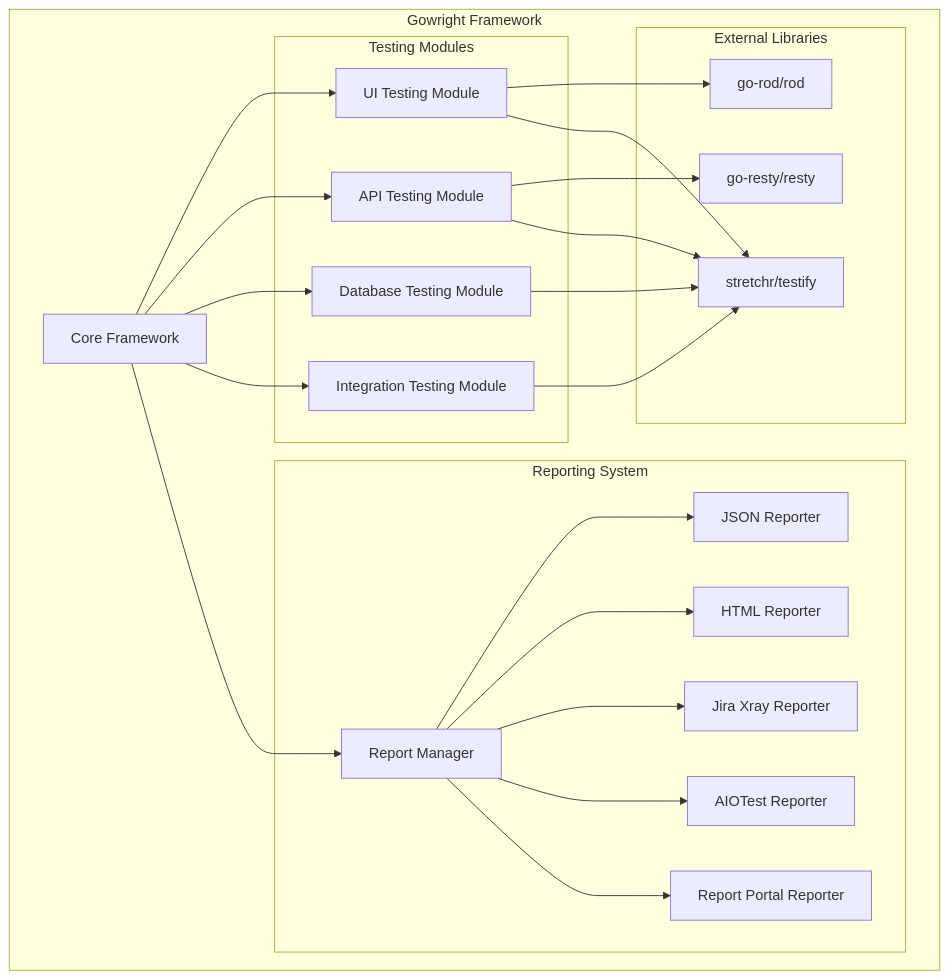
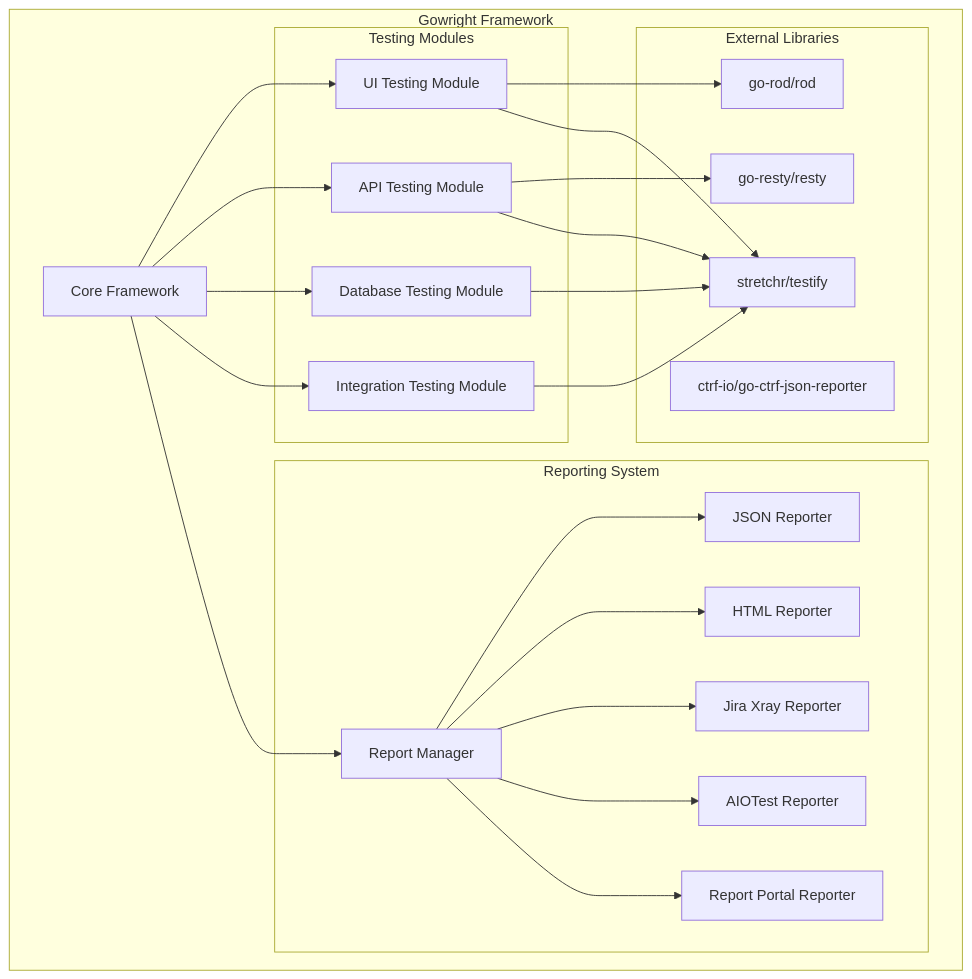
Before and after one commit to gowright/framework: the diagram in .kiro/specs/gowright-testing-framework/design.md, drawn with Mermaid. The commit also changed 47 other files, not shown here.

````diff
--- a/.kiro/specs/gowright-testing-framework/design.md
+++ b/.kiro/specs/gowright-testing-framework/design.md
@@ -11,47 +11,48 @@
 ```mermaid
 graph TB
     subgraph "Gowright Framework"
         Core[Core Framework]
         
         subgraph "Testing Modules"
             UI[UI Testing Module]
             API[API Testing Module]
             DB[Database Testing Module]
             Integration[Integration Testing Module]
         end
         
         subgraph "Reporting System"
             Reporter[Report Manager]
             LocalJSON[JSON Reporter]
             LocalHTML[HTML Reporter]
             JiraXray[Jira Xray Reporter]
             AIOTest[AIOTest Reporter]
             ReportPortal[Report Portal Reporter]
         end
         
         subgraph "External Libraries"
             Testify[stretchr/testify]
             Resty[go-resty/resty]
             Rod[go-rod/rod]
+            ctrf[ctrf-io/go-ctrf-json-reporter]
         end
     end
     
     Core --> UI
     Core --> API
     Core --> DB
     Core --> Integration
     
     UI --> Rod
     API --> Resty
     UI --> Testify
     API --> Testify
     DB --> Testify
     Integration --> Testify
     
     Core --> Reporter
     Reporter --> LocalJSON
     Reporter --> LocalHTML
     Reporter --> JiraXray
     Reporter --> AIOTest
     Reporter --> ReportPortal
 ```
````
